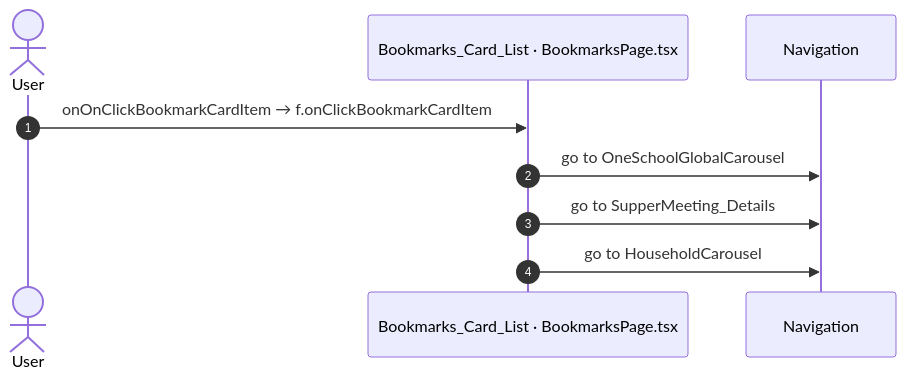
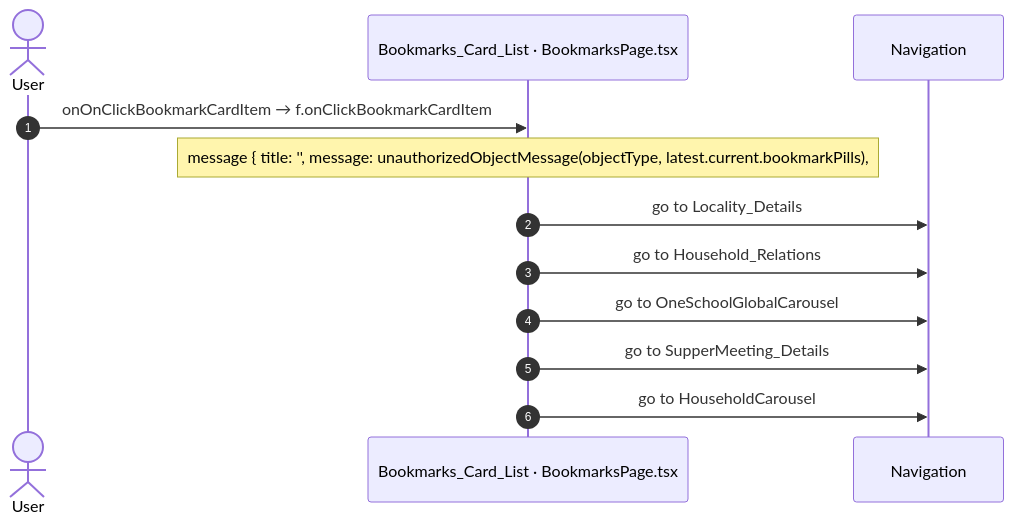
Before and after one commit to Phoenix-DX/connect-new-ui: the first of 5 diagrams in route-actions/routes/Bookmarks.md, drawn with Mermaid. The commit also changed other lines of this file and 192 other files, not shown here.

````diff
--- a/route-actions/routes/Bookmarks.md
+++ b/route-actions/routes/Bookmarks.md
@@ -106,11 +100,14 @@
 ```mermaid
 sequenceDiagram
   autonumber
   actor U as User
   participant H as Bookmarks_Card_List · BookmarksPage.tsx
   participant N as Navigation
   U->>H: onOnClickBookmarkCardItem → f.onClickBookmarkCardItem
+  Note over H: message { title: '', message: unauthorizedObjectMessage(objectType, latest.current.bookmarkPills),
+  H->>N: go to Locality_Details
+  H->>N: go to Household_Relations
   H->>N: go to OneSchoolGlobalCarousel
   H->>N: go to SupperMeeting_Details
   H->>N: go to HouseholdCarousel
 ```
````
